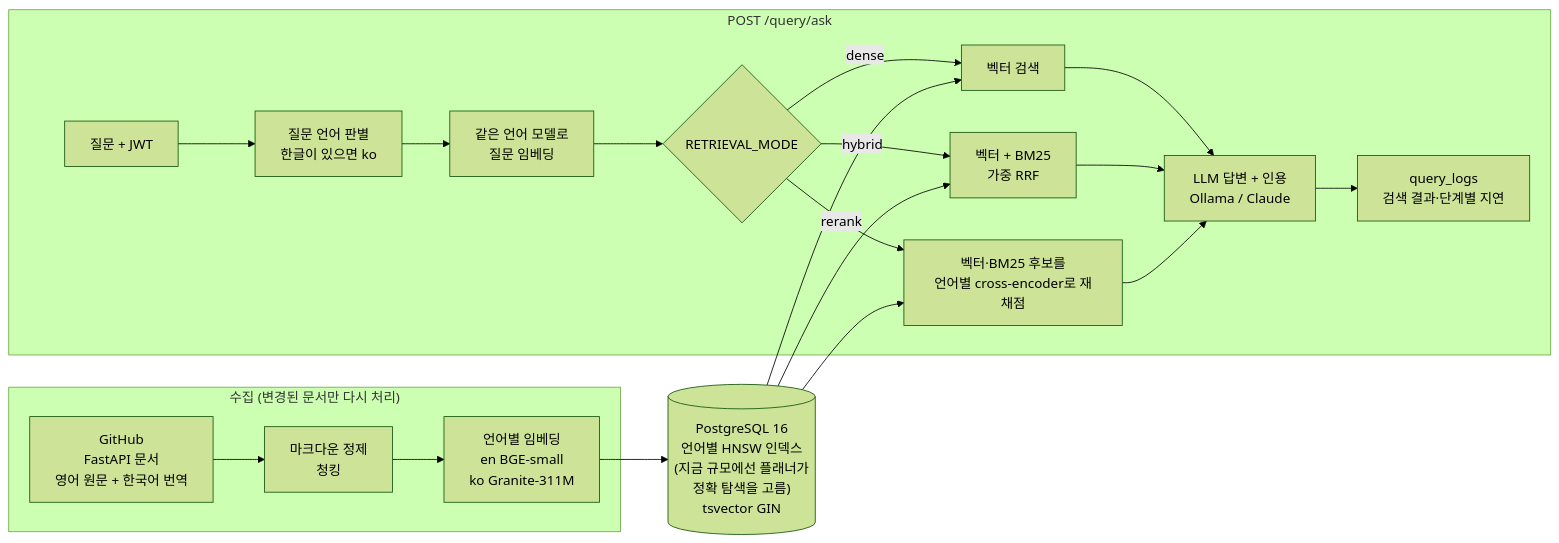
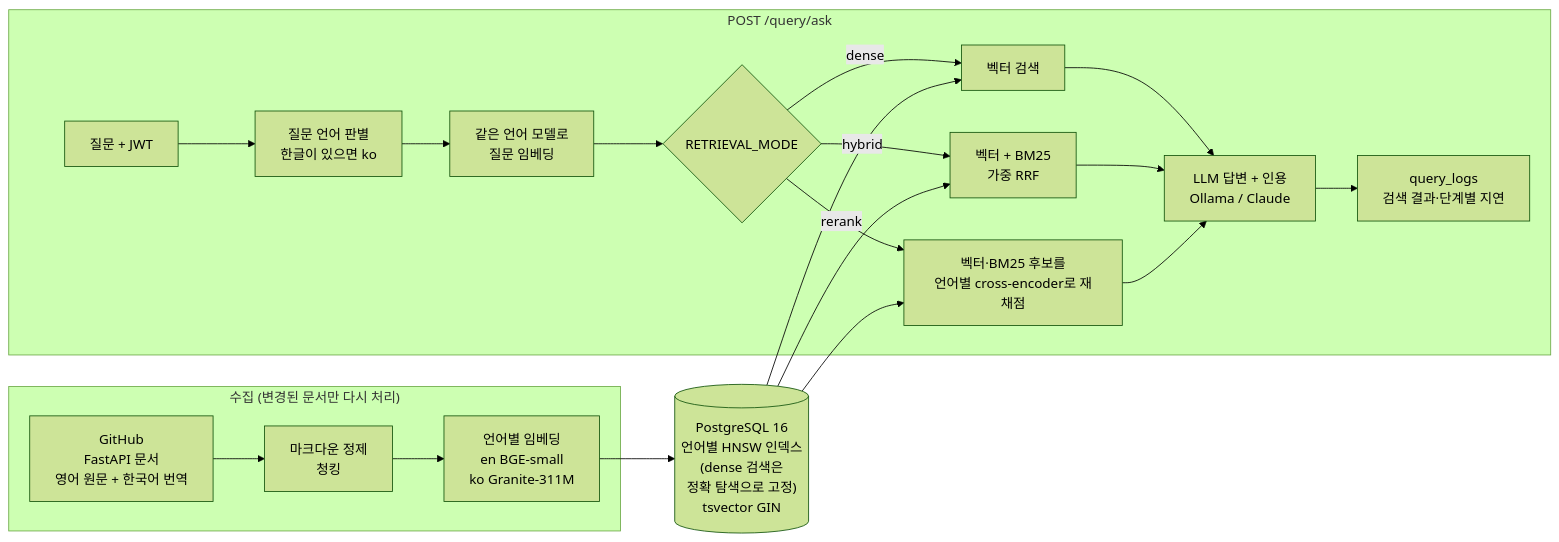
Before and after one commit to hyeonbin123/rag-doc-qa: the diagram in README.md, drawn with Mermaid (forest theme). The commit also changed other lines of this file, not shown here.

````diff
--- a/README.md
+++ b/README.md
@@ -21,20 +21,20 @@
 ```mermaid
 flowchart LR
     subgraph ingest["수집 (변경된 문서만 다시 처리)"]
         GH["GitHub<br/>FastAPI 문서<br/>영어 원문 + 한국어 번역"] --> CL["마크다운 정제<br/>청킹"] --> EP["언어별 임베딩<br/>en BGE-small<br/>ko Granite-311M"]
     end
-    EP --> PG[("PostgreSQL 16<br/>언어별 HNSW 인덱스<br/>(지금 규모에선 플래너가<br/>정확 탐색을 고름)<br/>tsvector GIN")]
+    EP --> PG[("PostgreSQL 16<br/>언어별 HNSW 인덱스<br/>(dense 검색은<br/>정확 탐색으로 고정)<br/>tsvector GIN")]
     subgraph ask["POST /query/ask"]
         Q["질문 + JWT"] --> LANG["질문 언어 판별<br/>한글이 있으면 ko"] --> EQ["같은 언어 모델로<br/>질문 임베딩"] --> MODE{"RETRIEVAL_MODE"}
         MODE -->|dense| D["벡터 검색"]
         MODE -->|hybrid| H["벡터 + BM25<br/>가중 RRF"]
         MODE -->|rerank| R["벡터·BM25 후보를<br/>언어별 cross-encoder로 재채점"]
         D --> GEN["LLM 답변 + 인용<br/>Ollama / Claude"]
         H --> GEN
         R --> GEN
         GEN --> LOG["query_logs<br/>검색 결과·단계별 지연"]
     end
     PG --> D
     PG --> H
     PG --> R
 ```
````
